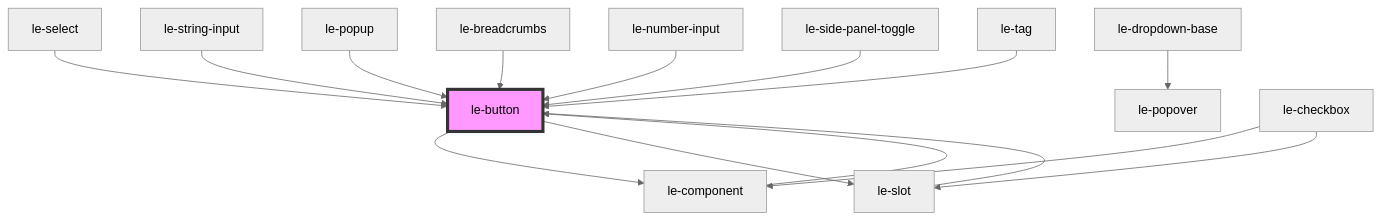
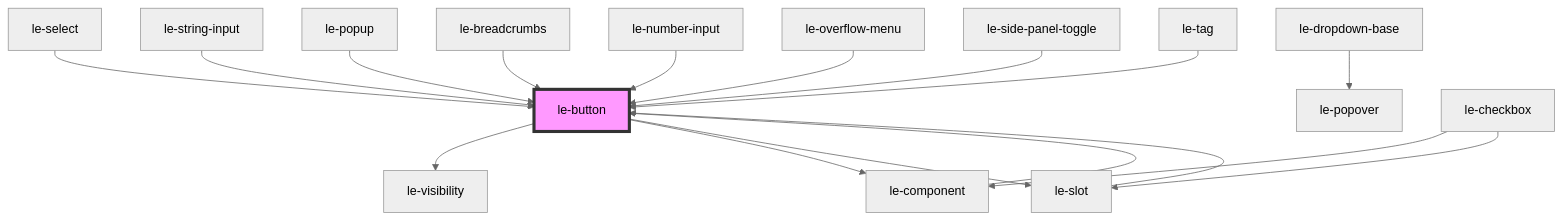
Before and after one commit to leechy/le-kit: the diagram in packages/core/src/components/le-button/readme.md, drawn with Mermaid (neutral theme). The commit also changed other lines of this file and 2 other files, not shown here.

Commit message:
Update <le-button> to use <le-visibility> internally

````diff
--- a/packages/core/src/components/le-button/readme.md
+++ b/packages/core/src/components/le-button/readme.md
@@ -148,18 +166,20 @@
 ```mermaid
 graph TD;
+  le-button --> le-visibility
   le-button --> le-component
   le-button --> le-slot
   le-component --> le-button
   le-select --> le-button
   le-dropdown-base --> le-popover
   le-checkbox --> le-component
   le-checkbox --> le-slot
   le-slot --> le-button
   le-string-input --> le-button
   le-popup --> le-button
   le-breadcrumbs --> le-button
   le-number-input --> le-button
+  le-overflow-menu --> le-button
   le-side-panel-toggle --> le-button
   le-tag --> le-button
   style le-button fill:#f9f,stroke:#333,stroke-width:4px
 ```
````
